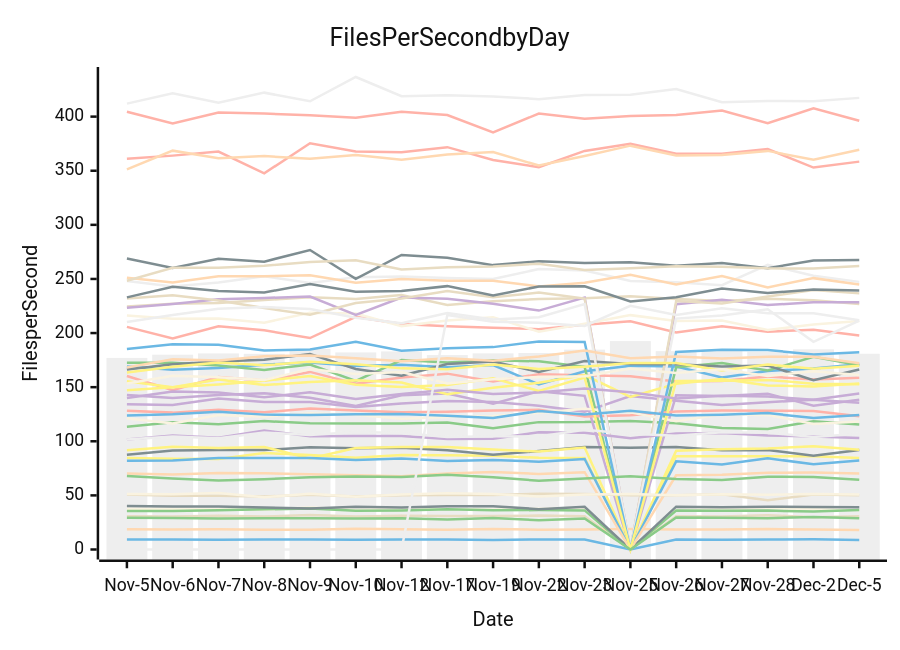
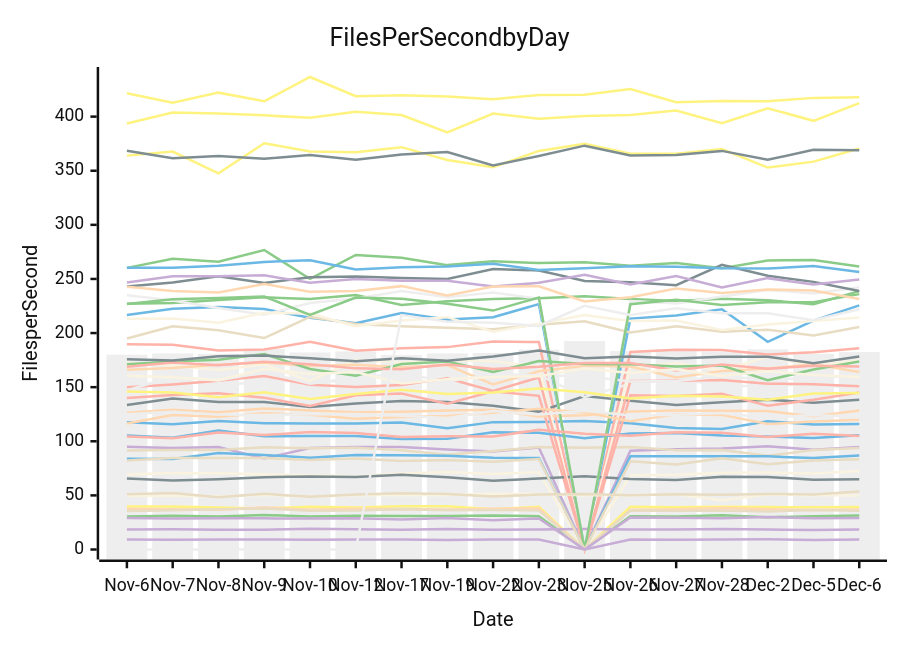
The diagram in perf-report.md (streetsidesoftware/cspell), drawn with Mermaid (neutral theme) before and after one commit. The commit also changed other lines of this file and 1 other file, not shown here.

````diff
--- a/perf-report.md
+++ b/perf-report.md
@@ -10,57 +10,57 @@
 ```mermaid
 xychart-beta
     title Files Per Second by Day
     y-axis Files per Second
-    x-axis Date [Nov-5, Nov-6, Nov-7, Nov-8, Nov-9, Nov-10, Nov-12, Nov-17, Nov-19, Nov-22, Nov-23, Nov-25, Nov-26, Nov-27, Nov-28, Dec-2, Dec-5]
-    bar [177.03, 180.02, 181.19, 180.85, 185.26, 182.11, 183.02, 179.67, 181.22, 181.55, 184.70, 192.57, 183.27, 184.75, 182.79, 184.99, 180.86]
-    line [9.14, 9.20, 9.09, 9.19, 9.27, 8.92, 9.14, 9.18, 8.84, 9.32, 9.24, 0.00, 9.27, 9.05, 9.13, 9.38, 8.86]
-    line [113.51, 117.50, 115.81, 118.63, 116.72, 116.49, 116.48, 117.45, 112.12, 117.70, 117.75, 118.80, 116.72, 112.25, 111.37, 118.51, 115.50]
-    line [142.76, 139.88, 142.79, 144.44, 140.29, 132.61, 142.45, 144.07, 134.61, 146.19, 141.96, 0.00, 142.52, 141.79, 143.85, 132.83, 138.36]
-    line [30.80, 30.49, 31.24, 30.45, 31.85, 30.57, 31.13, 30.89, 30.94, 31.34, 30.76, 0.00, 30.81, 30.58, 31.64, 29.90, 30.63]
-    line [160.31, 147.15, 159.42, 156.12, 164.10, 153.25, 158.83, 162.50, 155.26, 161.99, 161.00, 160.02, 155.33, 155.60, 159.85, 157.03, 158.70]
-    line [84.45, 83.88, 83.68, 89.12, 87.30, 84.78, 87.41, 87.06, 86.68, 84.68, 84.66, 0.00, 86.16, 86.09, 86.12, 86.10, 84.45]
-    line [87.65, 91.37, 92.01, 91.93, 94.57, 93.46, 93.94, 91.73, 87.45, 91.05, 94.79, 93.97, 94.67, 91.62, 92.04, 86.62, 91.97]
-    line [18.76, 18.55, 18.73, 18.36, 18.35, 19.12, 18.64, 18.32, 18.95, 18.34, 18.44, 18.84, 18.37, 18.41, 18.93, 18.48, 17.91]
-    line [37.67, 37.57, 37.08, 36.63, 38.88, 36.70, 37.54, 37.45, 37.05, 37.59, 38.10, 0.00, 36.55, 37.13, 38.36, 37.28, 36.55]
-    line [248.00, 243.11, 246.73, 252.50, 246.24, 251.54, 252.31, 250.79, 249.89, 259.20, 257.89, 248.21, 247.03, 244.22, 263.12, 252.89, 247.30]
-    line [169.20, 166.04, 167.77, 170.78, 172.83, 169.54, 170.69, 168.51, 170.43, 152.49, 164.76, 169.85, 169.02, 158.91, 164.95, 167.24, 171.12]
-    line [35.49, 35.63, 36.38, 37.15, 37.84, 35.87, 36.08, 37.20, 36.20, 36.44, 36.12, 0.00, 36.09, 35.82, 35.94, 35.10, 36.40]
-    line [134.26, 133.45, 139.44, 136.40, 136.32, 131.65, 134.94, 137.19, 136.33, 132.82, 127.42, 141.81, 137.38, 133.61, 136.04, 138.47, 135.71]
-    line [224.62, 227.06, 227.82, 230.59, 232.99, 231.54, 235.20, 225.87, 229.42, 231.39, 232.22, 233.95, 231.55, 229.52, 231.73, 230.37, 226.75]
-    line [205.70, 195.00, 206.27, 202.50, 195.41, 214.93, 208.44, 206.40, 204.90, 203.63, 207.69, 210.97, 200.63, 206.29, 201.28, 203.16, 197.69]
-    line [91.82, 94.84, 93.87, 94.75, 84.15, 93.85, 94.70, 94.62, 92.44, 90.51, 94.24, 0.00, 91.28, 92.74, 93.28, 95.50, 92.21]
-    line [40.28, 39.64, 39.74, 38.81, 37.90, 39.54, 38.73, 39.95, 40.00, 37.29, 39.41, 0.00, 39.61, 38.93, 39.59, 39.21, 38.95]
-    line [251.21, 246.70, 252.56, 252.48, 253.34, 246.50, 250.04, 248.32, 248.40, 243.10, 246.46, 253.84, 244.86, 252.77, 242.22, 250.75, 244.77]
-    line [216.14, 213.21, 213.46, 209.61, 218.80, 218.08, 206.42, 211.56, 214.70, 201.32, 208.63, 216.56, 211.21, 211.52, 202.80, 207.87, 211.25]
-    line [412.03, 421.51, 412.86, 422.15, 414.20, 436.61, 418.89, 419.72, 418.60, 416.16, 419.91, 420.14, 425.45, 413.25, 414.49, 414.13, 417.32]
-    line [81.93, 82.15, 84.55, 84.56, 84.50, 82.79, 84.08, 81.67, 82.81, 81.19, 83.62, 0.00, 81.43, 78.64, 84.26, 78.88, 82.13]
-    line [172.53, 172.53, 170.03, 165.93, 170.87, 155.75, 175.08, 172.86, 174.82, 173.87, 168.75, 0.00, 168.42, 172.41, 165.34, 178.00, 170.24]
-    line [223.41, 226.89, 231.20, 232.42, 233.76, 216.82, 232.75, 231.73, 227.11, 220.77, 232.83, 0.00, 226.61, 230.78, 225.94, 228.40, 228.42]
-    line [231.98, 234.98, 230.05, 223.17, 216.85, 227.77, 231.99, 238.91, 233.06, 237.44, 231.81, 0.00, 229.54, 227.35, 233.78, 239.72, 236.67]
-    line [128.10, 126.48, 129.06, 126.84, 130.40, 128.50, 126.86, 127.39, 128.53, 129.02, 122.85, 124.15, 127.61, 128.38, 128.27, 127.96, 123.07]
-    line [155.38, 149.97, 157.16, 151.98, 154.79, 156.47, 154.38, 143.43, 149.38, 154.11, 161.15, 140.96, 153.09, 157.58, 151.62, 150.61, 153.46]
-    line [166.28, 171.14, 173.72, 175.33, 180.56, 166.86, 160.67, 171.35, 173.67, 163.99, 174.13, 171.44, 171.10, 169.17, 169.92, 156.42, 166.33]
-    line [70.12, 69.24, 70.59, 70.35, 69.51, 68.69, 67.71, 70.32, 71.50, 69.84, 71.46, 0.00, 68.63, 69.18, 70.98, 71.07, 70.27]
-    line [121.32, 116.47, 124.25, 122.72, 125.93, 124.62, 120.74, 122.33, 123.30, 126.42, 130.12, 126.69, 118.47, 125.05, 124.39, 115.88, 118.39]
-    line [210.23, 216.75, 222.44, 224.03, 222.14, 214.23, 209.04, 218.60, 212.59, 214.66, 226.79, 0.00, 213.37, 216.21, 222.03, 191.91, 211.40]
-    line [185.17, 189.74, 189.19, 183.94, 184.74, 191.91, 183.56, 186.00, 187.01, 192.19, 191.67, 0.00, 182.52, 184.50, 184.37, 180.13, 182.27]
-    line [67.86, 65.51, 63.67, 64.87, 66.76, 67.56, 66.97, 68.98, 66.79, 63.49, 65.54, 67.63, 65.16, 64.17, 67.20, 67.10, 64.34]
-    line [101.54, 105.44, 103.31, 109.90, 104.67, 104.85, 104.85, 102.15, 102.24, 108.41, 107.84, 102.72, 107.24, 107.62, 105.35, 104.37, 103.06]
-    line [50.81, 49.63, 49.77, 48.97, 50.50, 48.94, 50.11, 50.42, 50.32, 51.47, 51.26, 50.21, 50.12, 50.94, 45.60, 50.75, 50.03]
-    line [361.14, 363.96, 367.65, 347.60, 375.37, 367.87, 367.07, 371.79, 359.89, 353.22, 368.32, 374.93, 365.77, 365.67, 369.95, 352.91, 358.41]
-    line [147.11, 149.93, 152.49, 155.90, 160.36, 152.28, 150.06, 152.05, 158.28, 146.52, 158.85, 0.00, 155.81, 155.95, 156.73, 153.23, 152.74]
-    line [268.91, 260.25, 268.67, 265.98, 276.77, 250.02, 272.22, 269.63, 262.78, 266.27, 264.63, 265.39, 262.12, 264.70, 259.96, 267.12, 267.54]
-    line [351.23, 368.55, 361.63, 363.56, 361.00, 364.43, 360.15, 365.05, 367.22, 354.80, 363.64, 373.17, 364.09, 364.55, 368.33, 360.08, 369.35]
-    line [51.37, 51.10, 52.20, 48.34, 51.40, 48.84, 50.71, 51.87, 51.27, 48.95, 50.74, 51.36, 50.08, 50.94, 50.51, 51.36, 50.85]
-    line [101.63, 104.36, 102.75, 108.04, 105.75, 108.53, 107.61, 103.87, 104.59, 104.39, 110.58, 106.99, 105.01, 108.35, 107.81, 104.02, 106.94]
-    line [123.91, 124.93, 127.28, 124.63, 124.24, 125.03, 125.24, 123.48, 121.57, 127.94, 124.68, 128.18, 123.81, 124.58, 126.05, 121.44, 124.27]
-    line [29.34, 29.13, 28.68, 28.99, 28.78, 28.56, 28.81, 27.61, 29.00, 27.12, 28.69, 0.00, 29.62, 29.42, 28.97, 30.07, 28.83]
-    line [140.08, 145.92, 145.09, 140.71, 145.23, 139.03, 143.66, 147.67, 143.64, 145.07, 148.78, 145.20, 139.52, 142.17, 141.34, 138.40, 144.20]
-    line [248.33, 260.33, 260.40, 262.23, 265.71, 267.34, 258.77, 260.78, 261.46, 264.14, 258.29, 259.88, 261.65, 261.27, 259.85, 259.59, 261.91]
-    line [404.53, 393.69, 403.73, 402.78, 401.18, 398.88, 404.51, 401.52, 385.51, 402.83, 398.10, 400.47, 401.59, 405.72, 393.85, 407.78, 396.11]
-    line [163.50, 168.96, 172.75, 170.15, 173.41, 171.14, 167.37, 166.50, 171.04, 166.81, 168.79, 172.43, 172.30, 165.40, 170.85, 167.09, 169.78]
-    line [232.97, 242.75, 238.83, 237.46, 245.31, 238.15, 238.92, 243.36, 234.75, 243.01, 243.28, 229.25, 233.06, 241.24, 236.91, 240.36, 239.27]
-    line [168.22, 175.85, 174.73, 178.68, 179.16, 176.80, 173.86, 176.80, 174.52, 178.44, 183.84, 176.75, 178.41, 176.49, 178.04, 178.10, 172.07]
-    line [153.47, 160.59, 159.17, 156.54, 166.82, 162.10, 163.95, 153.46, 157.33, 159.29, 160.15, 167.27, 163.00, 166.53, 160.28, 164.60, 161.29]
-    line [0.00, 0.00, 0.00, 0.00, 0.00, 0.00, 0.00, 216.65, 210.39, 209.57, 206.62, 225.23, 216.74, 223.01, 218.30, 218.24, 211.89]
+    x-axis Date [Nov-6, Nov-7, Nov-8, Nov-9, Nov-10, Nov-12, Nov-17, Nov-19, Nov-22, Nov-23, Nov-25, Nov-26, Nov-27, Nov-28, Dec-2, Dec-5, Dec-6]
+    bar [180.02, 181.19, 180.85, 185.26, 182.11, 183.02, 179.67, 181.22, 181.55, 184.70, 192.57, 183.27, 184.75, 182.79, 184.99, 180.86, 182.42]
+    line [117.50, 115.81, 118.63, 116.72, 116.49, 116.48, 117.45, 112.12, 117.70, 117.75, 118.80, 116.72, 112.25, 111.37, 118.51, 115.50, 115.87]
+    line [30.49, 31.24, 30.45, 31.85, 30.57, 31.13, 30.89, 30.94, 31.34, 30.76, 0.00, 30.81, 30.58, 31.64, 29.90, 30.63, 31.36]
+    line [94.84, 93.87, 94.75, 84.15, 93.85, 94.70, 94.62, 92.44, 90.51, 94.24, 0.00, 91.28, 92.74, 93.28, 95.50, 92.21, 94.67]
+    line [91.37, 92.01, 91.93, 94.57, 93.46, 93.94, 91.73, 87.45, 91.05, 94.79, 93.97, 94.67, 91.62, 92.04, 86.62, 91.97, 93.82]
+    line [189.74, 189.19, 183.94, 184.74, 191.91, 183.56, 186.00, 187.01, 192.19, 191.67, 0.00, 182.52, 184.50, 184.37, 180.13, 182.27, 185.97]
+    line [39.64, 39.74, 38.81, 37.90, 39.54, 38.73, 39.95, 40.00, 37.29, 39.41, 0.00, 39.61, 38.93, 39.59, 39.21, 38.95, 39.16]
+    line [133.45, 139.44, 136.40, 136.32, 131.65, 134.94, 137.19, 136.33, 132.82, 127.42, 141.81, 137.38, 133.61, 136.04, 138.47, 135.71, 138.36]
+    line [37.57, 37.08, 36.63, 38.88, 36.70, 37.54, 37.45, 37.05, 37.59, 38.10, 0.00, 36.55, 37.13, 38.36, 37.28, 36.55, 36.94]
+    line [69.24, 70.59, 70.35, 69.51, 68.69, 67.71, 70.32, 71.50, 69.84, 71.46, 0.00, 68.63, 69.18, 70.98, 71.07, 70.27, 72.65]
+    line [149.97, 157.16, 151.98, 154.79, 156.47, 154.38, 143.43, 149.38, 154.11, 161.15, 140.96, 153.09, 157.58, 151.62, 150.61, 153.46, 148.08]
+    line [216.75, 222.44, 224.03, 222.14, 214.23, 209.04, 218.60, 212.59, 214.66, 226.79, 0.00, 213.37, 216.21, 222.03, 191.91, 211.40, 225.62]
+    line [227.06, 227.82, 230.59, 232.99, 231.54, 235.20, 225.87, 229.42, 231.39, 232.22, 233.95, 231.55, 229.52, 231.73, 230.37, 226.75, 238.77]
+    line [9.20, 9.09, 9.19, 9.27, 8.92, 9.14, 9.18, 8.84, 9.32, 9.24, 0.00, 9.27, 9.05, 9.13, 9.38, 8.86, 9.19]
+    line [35.63, 36.38, 37.15, 37.84, 35.87, 36.08, 37.20, 36.20, 36.44, 36.12, 0.00, 36.09, 35.82, 35.94, 35.10, 36.40, 35.75]
+    line [139.88, 142.79, 144.44, 140.29, 132.61, 142.45, 144.07, 134.61, 146.19, 141.96, 0.00, 142.52, 141.79, 143.85, 132.83, 138.36, 145.16]
+    line [421.51, 412.86, 422.15, 414.20, 436.61, 418.89, 419.72, 418.60, 416.16, 419.91, 420.14, 425.45, 413.25, 414.49, 414.13, 417.32, 417.87]
+    line [65.51, 63.67, 64.87, 66.76, 67.56, 66.97, 68.98, 66.79, 63.49, 65.54, 67.63, 65.16, 64.17, 67.20, 67.10, 64.34, 65.01]
+    line [126.48, 129.06, 126.84, 130.40, 128.50, 126.86, 127.39, 128.53, 129.02, 122.85, 124.15, 127.61, 128.38, 128.27, 127.96, 123.07, 128.36]
+    line [172.53, 170.03, 165.93, 170.87, 155.75, 175.08, 172.86, 174.82, 173.87, 168.75, 0.00, 168.42, 172.41, 165.34, 178.00, 170.24, 174.62]
+    line [234.98, 230.05, 223.17, 216.85, 227.77, 231.99, 238.91, 233.06, 237.44, 231.81, 0.00, 229.54, 227.35, 233.78, 239.72, 236.67, 242.41]
+    line [83.88, 83.68, 89.12, 87.30, 84.78, 87.41, 87.06, 86.68, 84.68, 84.66, 0.00, 86.16, 86.09, 86.12, 86.10, 84.45, 86.85]
+    line [260.25, 268.67, 265.98, 276.77, 250.02, 272.22, 269.63, 262.78, 266.27, 264.63, 265.39, 262.12, 264.70, 259.96, 267.12, 267.54, 261.60]
+    line [18.55, 18.73, 18.36, 18.35, 19.12, 18.64, 18.32, 18.95, 18.34, 18.44, 18.84, 18.37, 18.41, 18.93, 18.48, 17.91, 18.52]
+    line [195.00, 206.27, 202.50, 195.41, 214.93, 208.44, 206.40, 204.90, 203.63, 207.69, 210.97, 200.63, 206.29, 201.28, 203.16, 197.69, 205.56]
+    line [149.93, 152.49, 155.90, 160.36, 152.28, 150.06, 152.05, 158.28, 146.52, 158.85, 0.00, 155.81, 155.95, 156.73, 153.23, 152.74, 150.88]
+    line [363.96, 367.65, 347.60, 375.37, 367.87, 367.07, 371.79, 359.89, 353.22, 368.32, 374.93, 365.77, 365.67, 369.95, 352.91, 358.41, 370.56]
+    line [243.11, 246.73, 252.50, 246.24, 251.54, 252.31, 250.79, 249.89, 259.20, 257.89, 248.21, 247.03, 244.22, 263.12, 252.89, 247.30, 238.91]
+    line [166.04, 167.77, 170.78, 172.83, 169.54, 170.69, 168.51, 170.43, 152.49, 164.76, 169.85, 169.02, 158.91, 164.95, 167.24, 171.12, 163.98]
+    line [213.21, 213.46, 209.61, 218.80, 218.08, 206.42, 211.56, 214.70, 201.32, 208.63, 216.56, 211.21, 211.52, 202.80, 207.87, 211.25, 214.29]
+    line [147.15, 159.42, 156.12, 164.10, 153.25, 158.83, 162.50, 155.26, 161.99, 161.00, 160.02, 155.33, 155.60, 159.85, 157.03, 158.70, 160.32]
+    line [105.44, 103.31, 109.90, 104.67, 104.85, 104.85, 102.15, 102.24, 108.41, 107.84, 102.72, 107.24, 107.62, 105.35, 104.37, 103.06, 105.64]
+    line [226.89, 231.20, 232.42, 233.76, 216.82, 232.75, 231.73, 227.11, 220.77, 232.83, 0.00, 226.61, 230.78, 225.94, 228.40, 228.42, 235.98]
+    line [246.70, 252.56, 252.48, 253.34, 246.50, 250.04, 248.32, 248.40, 243.10, 246.46, 253.84, 244.86, 252.77, 242.22, 250.75, 244.77, 249.57]
+    line [82.15, 84.55, 84.56, 84.50, 82.79, 84.08, 81.67, 82.81, 81.19, 83.62, 0.00, 81.43, 78.64, 84.26, 78.88, 82.13, 83.39]
+    line [104.36, 102.75, 108.04, 105.75, 108.53, 107.61, 103.87, 104.59, 104.39, 110.58, 106.99, 105.01, 108.35, 107.81, 104.02, 106.94, 104.99]
+    line [393.69, 403.73, 402.78, 401.18, 398.88, 404.51, 401.52, 385.51, 402.83, 398.10, 400.47, 401.59, 405.72, 393.85, 407.78, 396.11, 412.42]
+    line [368.55, 361.63, 363.56, 361.00, 364.43, 360.15, 365.05, 367.22, 354.80, 363.64, 373.17, 364.09, 364.55, 368.33, 360.08, 369.35, 368.90]
+    line [116.47, 124.25, 122.72, 125.93, 124.62, 120.74, 122.33, 123.30, 126.42, 130.12, 126.69, 118.47, 125.05, 124.39, 115.88, 118.39, 119.81]
+    line [49.63, 49.77, 48.97, 50.50, 48.94, 50.11, 50.42, 50.32, 51.47, 51.26, 50.21, 50.12, 50.94, 45.60, 50.75, 50.03, 49.80]
+    line [124.93, 127.28, 124.63, 124.24, 125.03, 125.24, 123.48, 121.57, 127.94, 124.68, 128.18, 123.81, 124.58, 126.05, 121.44, 124.27, 122.27]
+    line [260.33, 260.40, 262.23, 265.71, 267.34, 258.77, 260.78, 261.46, 264.14, 258.29, 259.88, 261.65, 261.27, 259.85, 259.59, 261.91, 256.38]
+    line [171.14, 173.72, 175.33, 180.56, 166.86, 160.67, 171.35, 173.67, 163.99, 174.13, 171.44, 171.10, 169.17, 169.92, 156.42, 166.33, 173.70]
+    line [29.13, 28.68, 28.99, 28.78, 28.56, 28.81, 27.61, 29.00, 27.12, 28.69, 0.00, 29.62, 29.42, 28.97, 30.07, 28.83, 29.04]
+    line [51.10, 52.20, 48.34, 51.40, 48.84, 50.71, 51.87, 51.27, 48.95, 50.74, 51.36, 50.08, 50.94, 50.51, 51.36, 50.85, 53.51]
+    line [168.96, 172.75, 170.15, 173.41, 171.14, 167.37, 166.50, 171.04, 166.81, 168.79, 172.43, 172.30, 165.40, 170.85, 167.09, 169.78, 169.21]
+    line [145.92, 145.09, 140.71, 145.23, 139.03, 143.66, 147.67, 143.64, 145.07, 148.78, 145.20, 139.52, 142.17, 141.34, 138.40, 144.20, 144.71]
+    line [175.85, 174.73, 178.68, 179.16, 176.80, 173.86, 176.80, 174.52, 178.44, 183.84, 176.75, 178.41, 176.49, 178.04, 178.10, 172.07, 178.26]
+    line [242.75, 238.83, 237.46, 245.31, 238.15, 238.92, 243.36, 234.75, 243.01, 243.28, 229.25, 233.06, 241.24, 236.91, 240.36, 239.27, 231.52]
+    line [160.59, 159.17, 156.54, 166.82, 162.10, 163.95, 153.46, 157.33, 159.29, 160.15, 167.27, 163.00, 166.53, 160.28, 164.60, 161.29, 159.50]
+    line [0.00, 0.00, 0.00, 0.00, 0.00, 0.00, 216.65, 210.39, 209.57, 206.62, 225.23, 216.74, 223.01, 218.30, 218.24, 211.89, 221.99]
 ```
````
